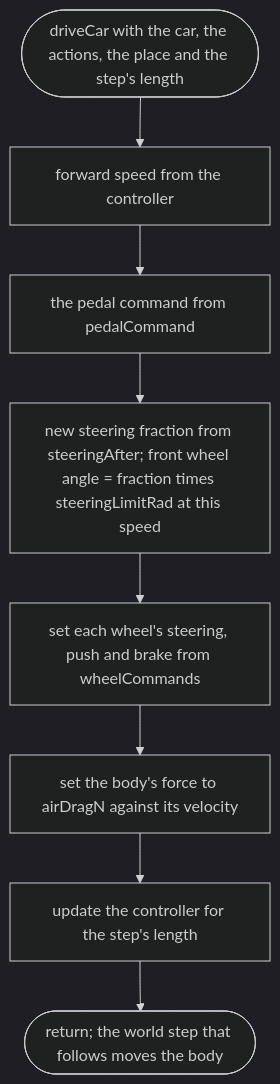
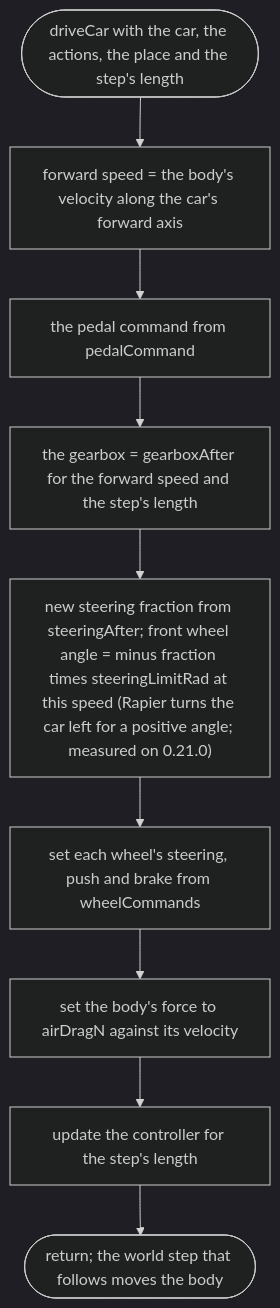
The fourth of 9 diagrams in docs/designs/src/vehicle/car.md (NewDara-Star/world-engine), drawn with Mermaid (dark theme) before and after one commit. The commit also changed other lines of this file and 41 other files, not shown here.

````diff
--- a/docs/designs/src/vehicle/car.md
+++ b/docs/designs/src/vehicle/car.md
@@ -79,12 +84,13 @@
 ```mermaid
 flowchart TD
   s(["driveCar with the car, the actions, the place and the step's length"])
-  a["forward speed from the controller"]
+  a["forward speed = the body's velocity along the car's forward axis"]
   b["the pedal command from pedalCommand"]
-  c["new steering fraction from steeringAfter; front wheel angle = fraction times steeringLimitRad at this speed"]
+  g2["the gearbox = gearboxAfter for the forward speed and the step's length"]
+  c["new steering fraction from steeringAfter; front wheel angle = minus fraction times steeringLimitRad at this speed (Rapier turns the car left for a positive angle; measured on 0.21.0)"]
   d["set each wheel's steering, push and brake from wheelCommands"]
   e["set the body's force to airDragN against its velocity"]
   f["update the controller for the step's length"]
   g(["return; the world step that follows moves the body"])
-  s --> a --> b --> c --> d --> e --> f --> g
+  s --> a --> b --> g2 --> c --> d --> e --> f --> g
 ```
````
